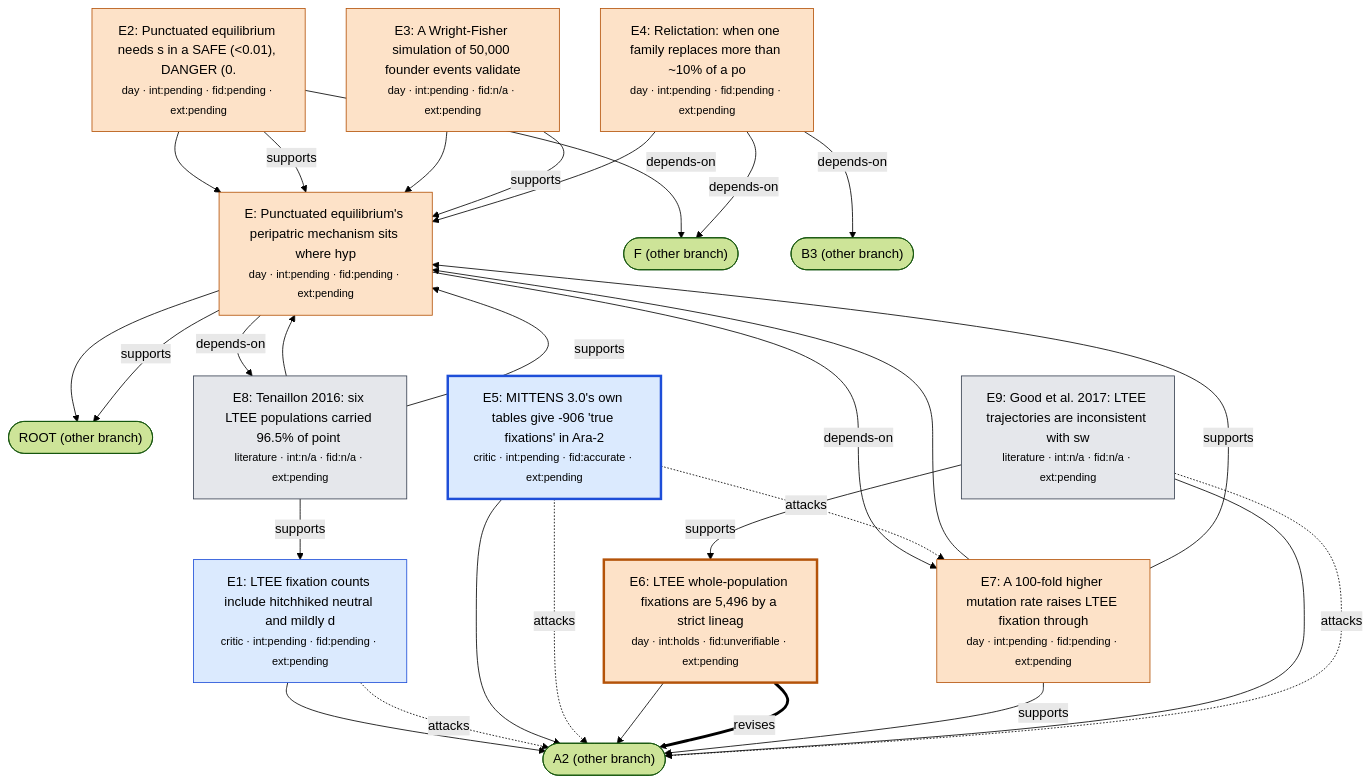
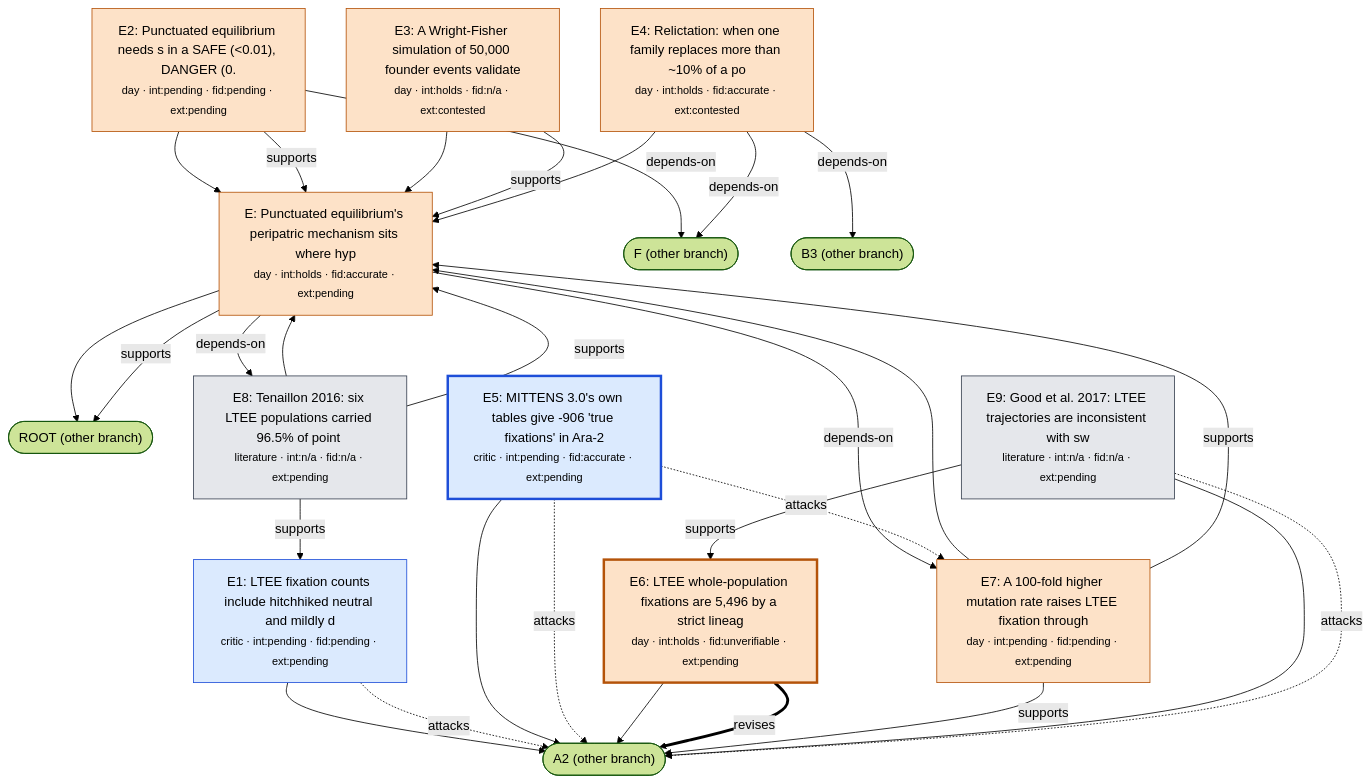
The diagram in docs/research/hierarchy/branch-E.md (nickallevato/evo-sim), drawn with Mermaid (forest theme) before and after one commit. The commit also changed 7 other files, not shown here.

First line of the commit message:
Regenerate per-branch Mermaid hierarchy diagrams from current hierarchy.yaml (verdict labels were stale since round 2)

````diff
--- a/docs/research/hierarchy/branch-E.md
+++ b/docs/research/hierarchy/branch-E.md
@@ -3,55 +3,55 @@
 ```mermaid
 flowchart TD
-  n_E["E: Punctuated equilibrium's peripatric mechanism sits where hyp<br/><small>day · int:pending · fid:pending · ext:pending</small>"]
+  n_E["E: Punctuated equilibrium's peripatric mechanism sits where hyp<br/><small>day · int:holds · fid:accurate · ext:pending</small>"]
   style n_E fill:#fde2c8,stroke:#b45309
   n_E --> n_ROOT
   n_E -->|supports| n_ROOT
   n_E -->|depends-on| n_E7
   n_E -->|depends-on| n_E8
   n_E1["E1: LTEE fixation counts include hitchhiked neutral and mildly d<br/><small>critic · int:pending · fid:pending · ext:pending</small>"]
   style n_E1 fill:#dbeafe,stroke:#1d4ed8
   n_E1 --> n_A2
   n_E1 -.->|attacks| n_A2
   n_E2["E2: Punctuated equilibrium needs s in a SAFE (<0.01), DANGER (0.<br/><small>day · int:pending · fid:pending · ext:pending</small>"]
   style n_E2 fill:#fde2c8,stroke:#b45309
   n_E2 --> n_E
   n_E2 -->|supports| n_E
   n_E2 -->|depends-on| n_F
-  n_E3["E3: A Wright-Fisher simulation of 50,000 founder events validate<br/><small>day · int:pending · fid:n/a · ext:pending</small>"]
+  n_E3["E3: A Wright-Fisher simulation of 50,000 founder events validate<br/><small>day · int:holds · fid:n/a · ext:contested</small>"]
   style n_E3 fill:#fde2c8,stroke:#b45309
   n_E3 --> n_E
   n_E3 -->|supports| n_E
-  n_E4["E4: Relictation: when one family replaces more than ~10% of a po<br/><small>day · int:pending · fid:pending · ext:pending</small>"]
+  n_E4["E4: Relictation: when one family replaces more than ~10% of a po<br/><small>day · int:holds · fid:accurate · ext:contested</small>"]
   style n_E4 fill:#fde2c8,stroke:#b45309
   n_E4 --> n_E
   n_E4 -->|depends-on| n_B3
   n_E4 -->|depends-on| n_F
   n_E5["E5: MITTENS 3.0's own tables give -906 'true fixations' in Ara-2<br/><small>critic · int:pending · fid:accurate · ext:pending</small>"]
   style n_E5 fill:#dbeafe,stroke:#1d4ed8,stroke-width:3px
   n_E5 --> n_A2
   n_E5 -.->|attacks| n_A2
   n_E5 -.->|attacks| n_E7
   n_E6["E6: LTEE whole-population fixations are 5,496 by a strict lineag<br/><small>day · int:holds · fid:unverifiable · ext:pending</small>"]
   style n_E6 fill:#fde2c8,stroke:#b45309,stroke-width:3px
   n_E6 --> n_A2
   n_E6 ==>|revises| n_A2
   n_E7["E7: A 100-fold higher mutation rate raises LTEE fixation through<br/><small>day · int:pending · fid:pending · ext:pending</small>"]
   style n_E7 fill:#fde2c8,stroke:#b45309
   n_E7 --> n_E
   n_E7 -->|supports| n_E
   n_E7 -->|supports| n_A2
   n_E8["E8: Tenaillon 2016: six LTEE populations carried 96.5% of point <br/><small>literature · int:n/a · fid:n/a · ext:pending</small>"]
   style n_E8 fill:#e5e7eb,stroke:#374151
   n_E8 --> n_E
   n_E8 -->|supports| n_E
   n_E8 -->|supports| n_E1
   n_E9["E9: Good et al. 2017: LTEE trajectories are inconsistent with sw<br/><small>literature · int:n/a · fid:n/a · ext:pending</small>"]
   style n_E9 fill:#e5e7eb,stroke:#374151
   n_E9 --> n_A2
   n_E9 -.->|attacks| n_A2
   n_E9 -->|supports| n_E6
   n_A2(["A2 (other branch)"])
   n_B3(["B3 (other branch)"])
   n_F(["F (other branch)"])
   n_ROOT(["ROOT (other branch)"])
 ```
````
